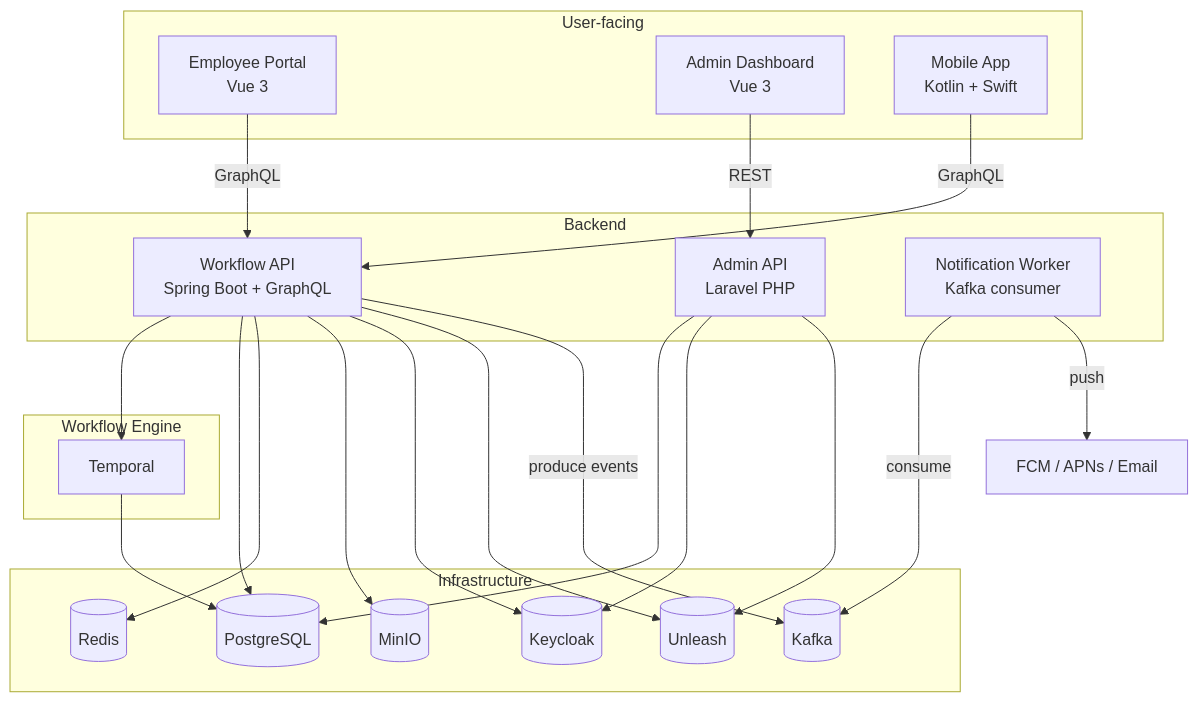
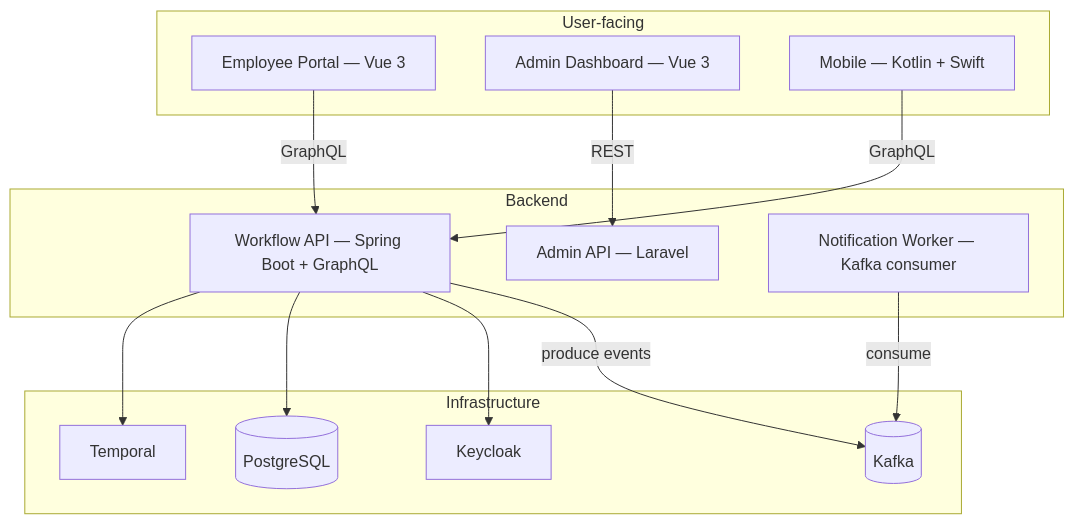
The second of 3 diagrams in docs/global_tech_stack.md (Eyolf6Coyote7/Eyolf6Coyote7), drawn with Mermaid before and after one commit. The commit also changed other lines of this file and 5 other files, not shown here.

````diff
--- a/docs/global_tech_stack.md
+++ b/docs/global_tech_stack.md
@@ -247,44 +127,30 @@
 ```mermaid
 graph TD
   subgraph "User-facing"
-    EMP[Employee Portal<br/>Vue 3]
-    ADM[Admin Dashboard<br/>Vue 3]
-    WMOB[Mobile App<br/>Kotlin + Swift]
+    EMP[Employee Portal — Vue 3]
+    ADM[Admin Dashboard — Vue 3]
+    WMOB[Mobile — Kotlin + Swift]
   end
 
   subgraph "Backend"
-    API[Workflow API<br/>Spring Boot + GraphQL]
-    ADM_API[Admin API<br/>Laravel PHP]
-    NW[Notification Worker<br/>Kafka consumer]
-  end
-
-  subgraph "Workflow Engine"
-    TMP[Temporal]
+    API[Workflow API — Spring Boot + GraphQL]
+    ADM_API[Admin API — Laravel]
+    NW[Notification Worker — Kafka consumer]
   end
 
   subgraph "Infrastructure"
     PG[(PostgreSQL)]
-    RD[(Redis)]
     KF[(Kafka)]
-    KC[(Keycloak)]
-    MIO[(MinIO)]
-    UL[(Unleash)]
+    TMP[Temporal]
+    KC[Keycloak]
   end
 
   EMP -->|GraphQL| API
   ADM -->|REST| ADM_API
-  ADM_API --> PG
-  ADM_API --> KC
-  ADM_API --> UL
   WMOB -->|GraphQL| API
   API --> TMP
   API --> PG
-  API --> RD
-  API --> MIO
   API --> KC
-  API --> UL
   API -->|produce events| KF
-  TMP --> PG
   NW -->|consume| KF
-  NW -->|push| FCM[FCM / APNs / Email]
 ```
````
